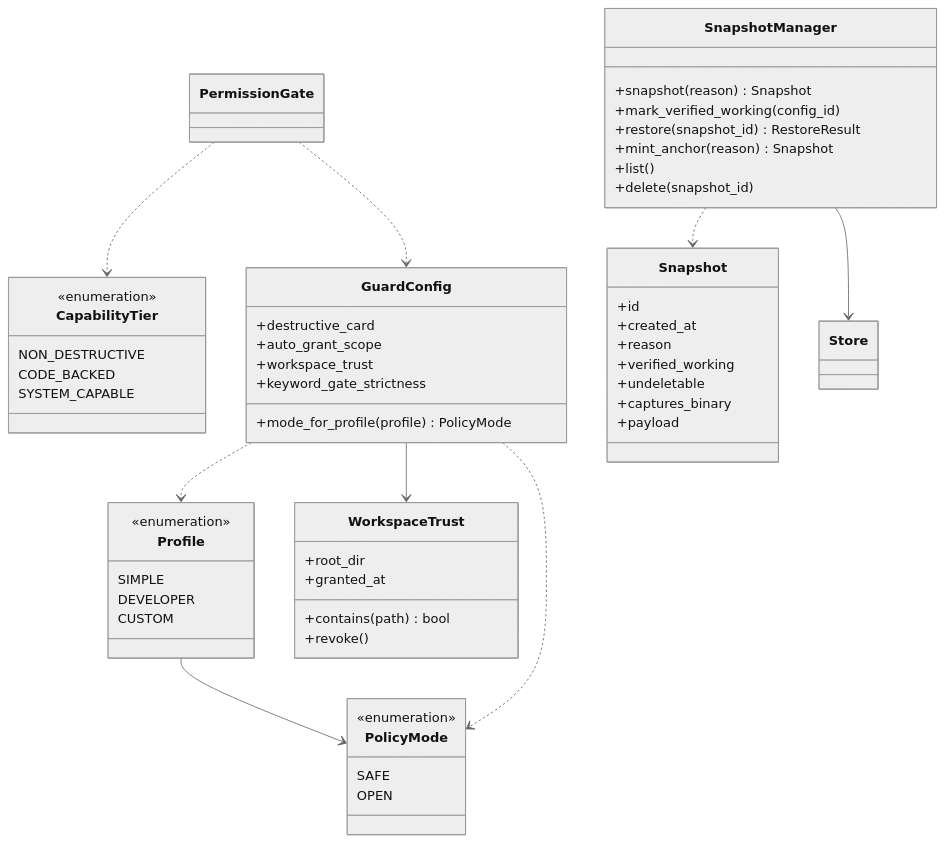
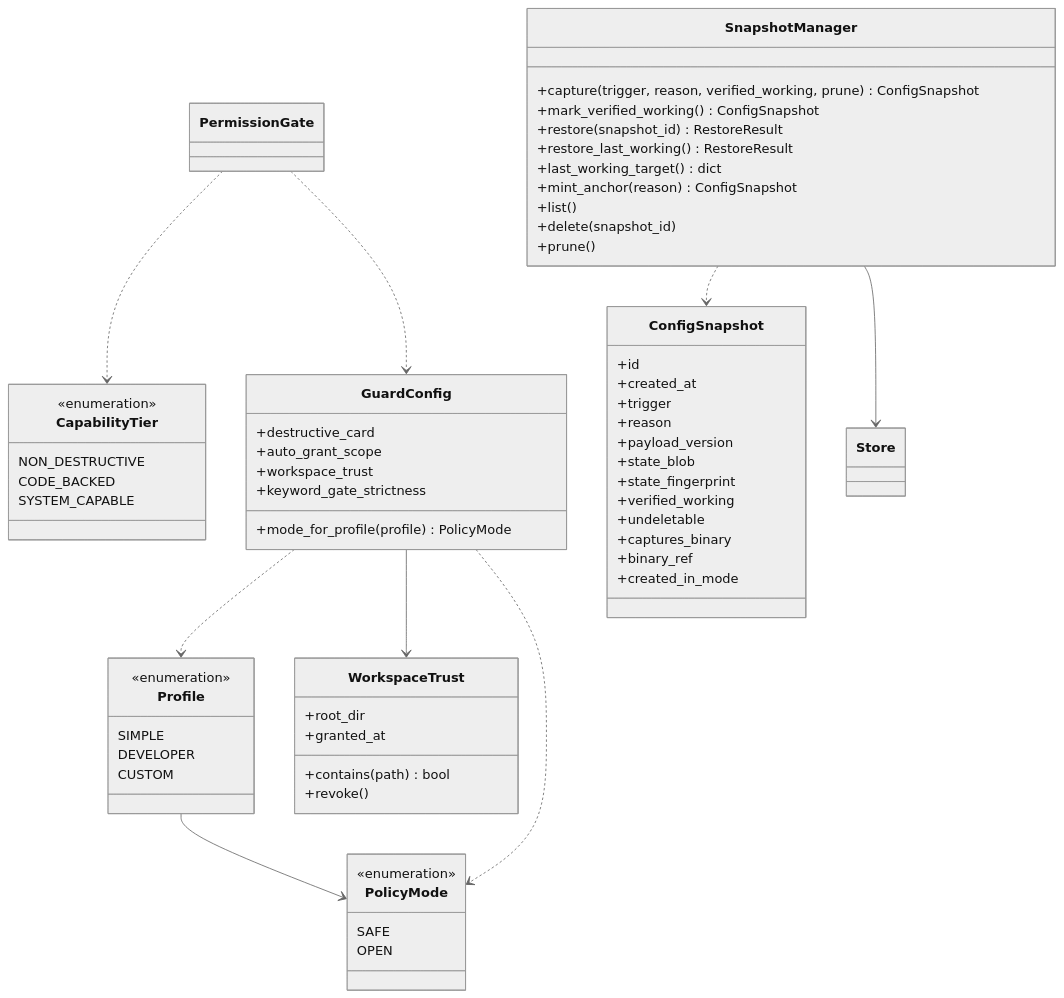
The second of 5 diagrams in docs/classes.md (N041M/Addison), drawn with Mermaid (neutral theme) before and after one commit. The commit also changed other lines of this file and 47 other files, not shown here.

First line of the commit message:
Phase-2 step 1: the snapshot/restore subsystem (global floor G3)

````diff
--- a/docs/classes.md
+++ b/docs/classes.md
@@ -130,59 +145,67 @@
 ```mermaid
 classDiagram
     class Profile {
         <<enumeration>>
         SIMPLE
         DEVELOPER
         CUSTOM
     }
     class PolicyMode {
         <<enumeration>>
         SAFE
         OPEN
     }
     class CapabilityTier {
         <<enumeration>>
         NON_DESTRUCTIVE
         CODE_BACKED
         SYSTEM_CAPABLE
     }
     class GuardConfig {
         +destructive_card
         +auto_grant_scope
         +workspace_trust
         +keyword_gate_strictness
         +mode_for_profile(profile) PolicyMode
     }
     class WorkspaceTrust {
         +root_dir
         +granted_at
         +contains(path) bool
         +revoke()
     }
     class SnapshotManager {
-        +snapshot(reason) Snapshot
-        +mark_verified_working(config_id)
+        +capture(trigger, reason, verified_working, prune) ConfigSnapshot
+        +mark_verified_working() ConfigSnapshot
         +restore(snapshot_id) RestoreResult
-        +mint_anchor(reason) Snapshot
+        +restore_last_working() RestoreResult
+        +last_working_target() dict
+        +mint_anchor(reason) ConfigSnapshot
         +list()
         +delete(snapshot_id)
+        +prune()
     }
-    class Snapshot {
+    class ConfigSnapshot {
         +id
         +created_at
+        +trigger
         +reason
+        +payload_version
+        +state_blob
+        +state_fingerprint
         +verified_working
         +undeletable
         +captures_binary
-        +payload
+        +binary_ref
+        +created_in_mode
     }
 
     Profile --> PolicyMode
     GuardConfig ..> Profile
     GuardConfig ..> PolicyMode
     GuardConfig --> WorkspaceTrust
     PermissionGate ..> GuardConfig
     PermissionGate ..> CapabilityTier
-    SnapshotManager ..> Snapshot
+    SnapshotManager ..> ConfigSnapshot
     SnapshotManager --> Store
 ```
````
